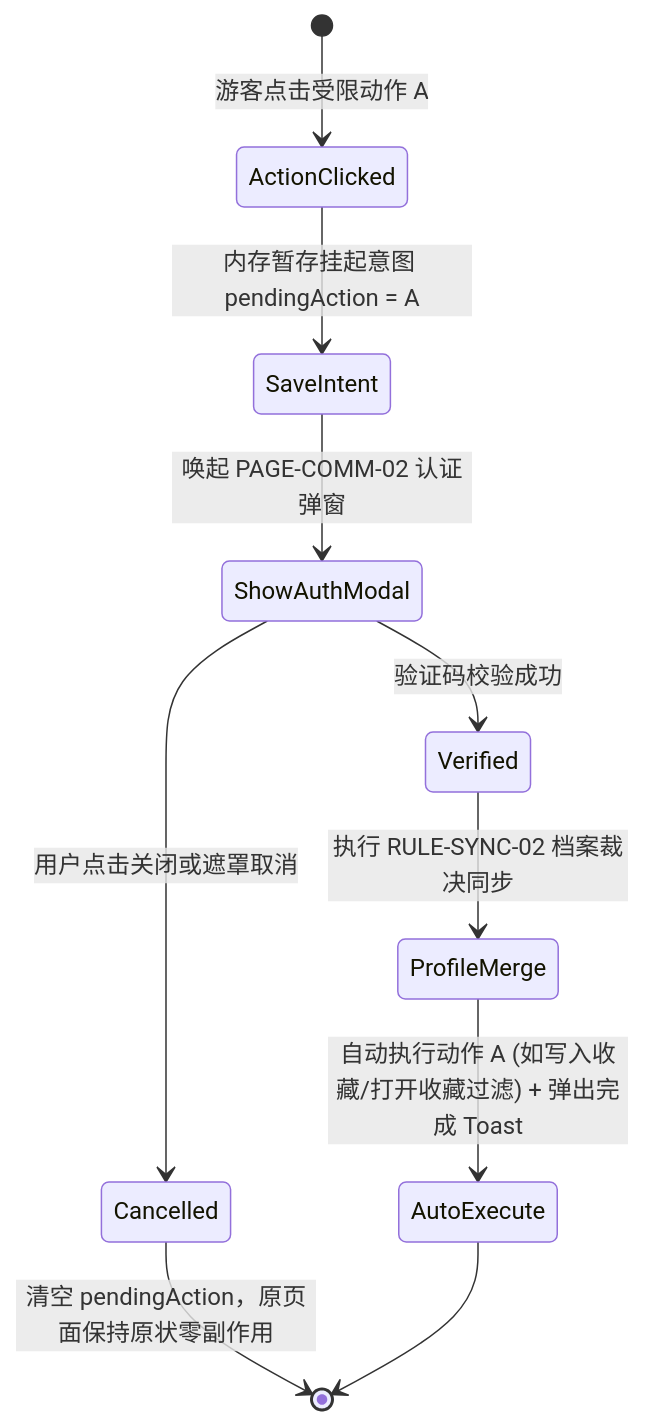
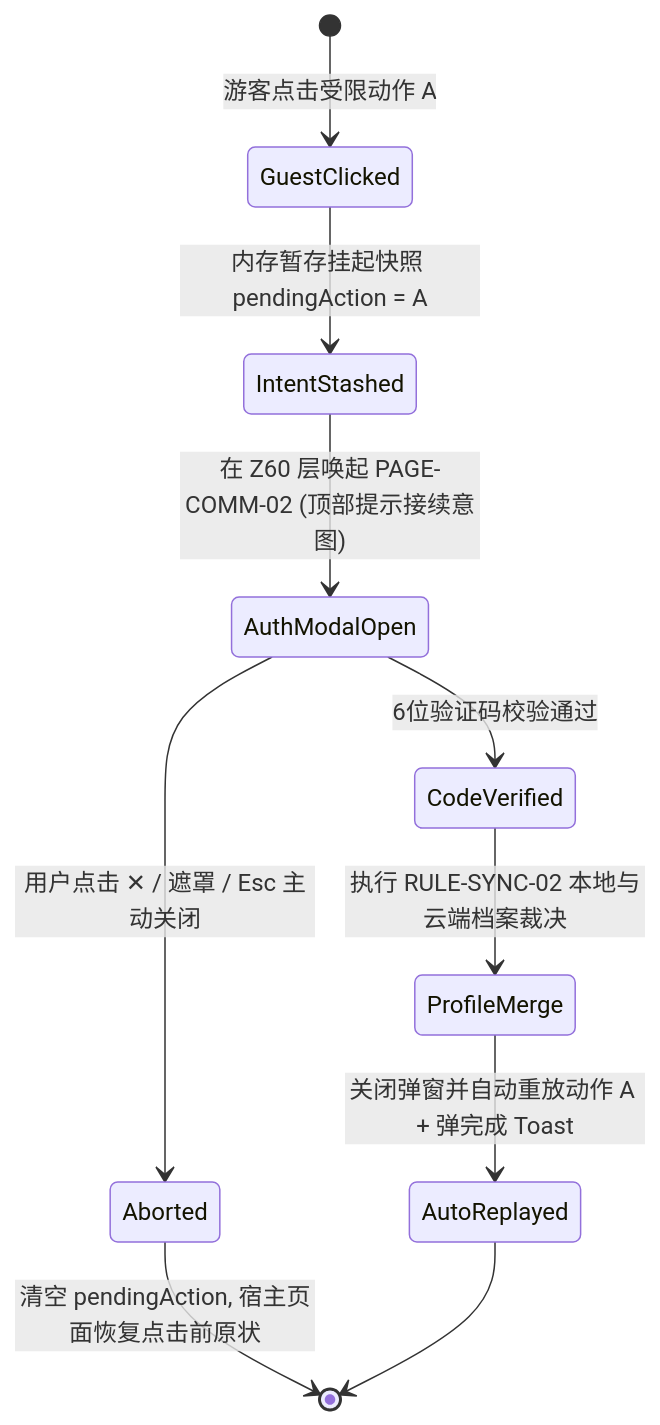
The first of 3 diagrams in Product/spec/05-components-and-patterns/interaction-patterns.md (icecream154/Cookbook), drawn with Mermaid before and after one commit. The commit also changed other lines of this file and 28 other files, not shown here.

Commit message:
feat: update ia and flows doc

````diff
--- a/Product/spec/05-components-and-patterns/interaction-patterns.md
+++ b/Product/spec/05-components-and-patterns/interaction-patterns.md
@@ -8,12 +15,12 @@
 ```mermaid
 stateDiagram-v2
-    [*] --> ActionClicked: 游客点击受限动作 A
-    ActionClicked --> SaveIntent: 内存暂存挂起意图 pendingAction = A
-    SaveIntent --> ShowAuthModal: 唤起 PAGE-COMM-02 认证弹窗
-    ShowAuthModal --> Cancelled: 用户点击关闭或遮罩取消
-    Cancelled --> [*]: 清空 pendingAction，原页面保持原状零副作用
-    ShowAuthModal --> Verified: 验证码校验成功
-    Verified --> ProfileMerge: 执行 RULE-SYNC-02 档案裁决同步
-    ProfileMerge --> AutoExecute: 自动执行动作 A (如写入收藏/打开收藏过滤) + 弹出完成 Toast
-    AutoExecute --> [*]
+    [*] --> GuestClicked: 游客点击受限动作 A
+    GuestClicked --> IntentStashed: 内存暂存挂起快照 pendingAction = A
+    IntentStashed --> AuthModalOpen: 在 Z60 层唤起 PAGE-COMM-02 (顶部提示接续意图)
+    AuthModalOpen --> Aborted: 用户点击 ✕ / 遮罩 / Esc 主动关闭
+    Aborted --> [*]: 清空 pendingAction, 宿主页面恢复点击前原状
+    AuthModalOpen --> CodeVerified: 6位验证码校验通过
+    CodeVerified --> ProfileMerge: 执行 RULE-SYNC-02 本地与云端档案裁决
+    ProfileMerge --> AutoReplayed: 关闭弹窗并自动重放动作 A + 弹完成 Toast
+    AutoReplayed --> [*]
 ```
````
